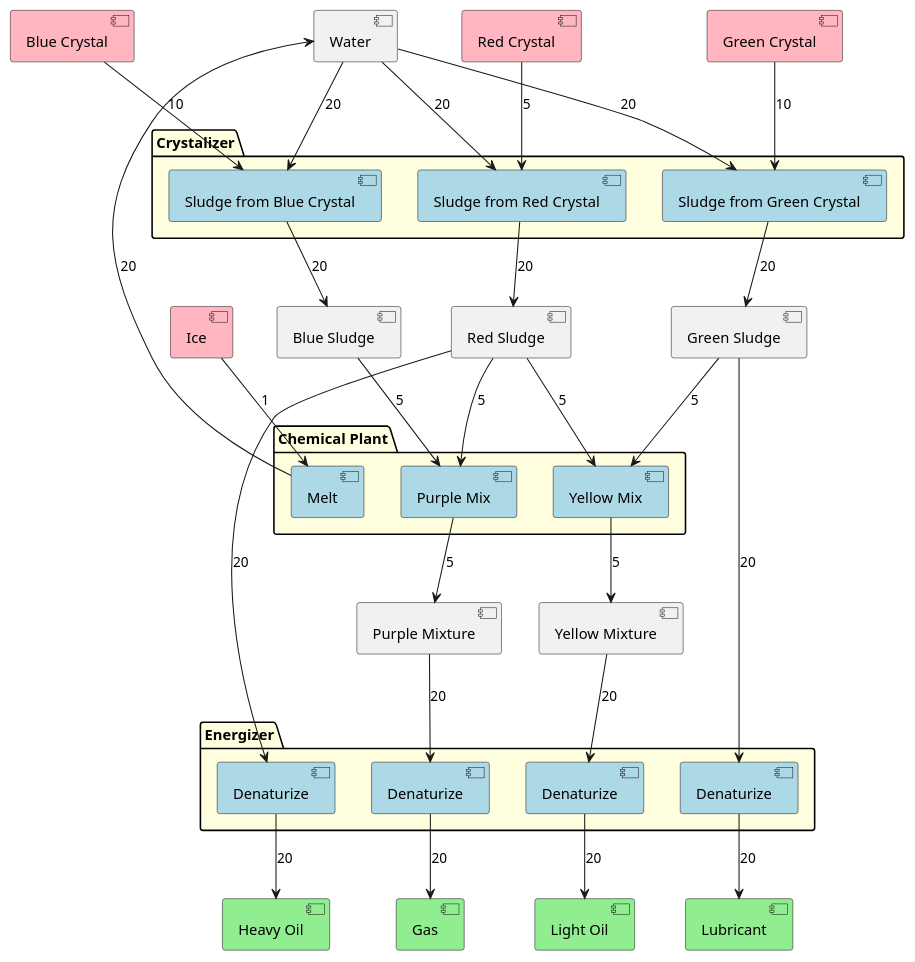
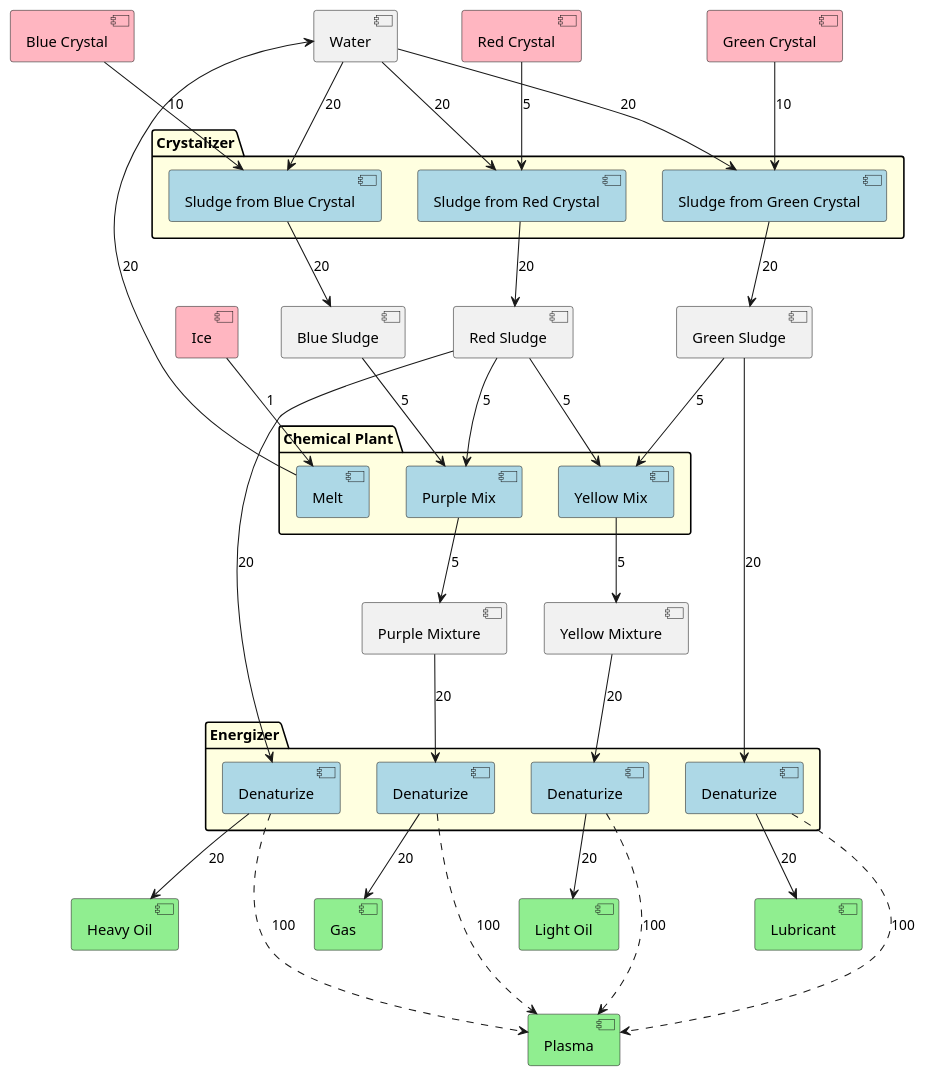
Before and after one commit to Thomas-De-Praetere/CrystalMod: the diagram in Documentation/OilFlow.puml, drawn with PlantUML. The commit also changed 11 other files, not shown here.

Commit message:
Added plasma to the flows and updated the readme.

```diff
--- a/Documentation/OilFlow.puml
+++ b/Documentation/OilFlow.puml
@@ -1,79 +1,85 @@
 @startuml
 
 hide methods
 hide fields
 hide circle
 
 [Ice] as I #lightpink
 [Water] as W
 
 [Red Crystal] as RC #lightpink
 [Blue Crystal] as BC #lightpink
 [Green Crystal] as GC #lightpink
 
 [Red Sludge] as RS
 [Green Sludge] as GS
 [Blue Sludge] as BS
 
 [Purple Mixture] as PM
 [Yellow Mixture] as YM
 
 [Heavy Oil] as HO #lightgreen
 [Light Oil] as LO #lightgreen
 [Gas] as G #lightgreen
 [Lubricant] as L #lightgreen
+[Plasma] as PA #lightgreen
 
 package "Crystalizer" #lightyellow {
 [Sludge from Red Crystal] as SfR #lightblue
 [Sludge from Blue Crystal]as SfB #lightblue
 [Sludge from Green Crystal]as SfG #lightblue
 }
 
 package "Chemical Plant" #lightyellow {
 [Purple Mix] as CPB #lightblue
 [Yellow Mix] as CPY #lightblue
 [Melt] as Me #lightblue
 }
 
 
 package Energizer #lightyellow {
 [Denaturize] as HOP #lightblue
 [Denaturize] as LOP #lightblue
 [Denaturize] as GP #lightblue
 [Denaturize] as LP #lightblue
 }
 
 I --> Me : 1
 Me --> W : 20
 
 RC --> SfR : 5
 W --> SfR : 20
 SfR --> RS : 20
 
 BC --> SfB : 10
 W --> SfB : 20
 SfB  --> BS : 20
 
 GC --> SfG : 10
 W --> SfG : 20
 SfG --> GS : 20
 
 RS --> CPB : 5
 BS --> CPB : 5
 CPB --> PM : 5
 PM --> GP : 20
 GP --> G : 20
 
 RS --> HOP : 20
 HOP --> HO : 20
 
 GS --> CPY : 5
 RS --> CPY : 5
 CPY --> YM : 5
 YM --> LOP : 20
 LOP --> LO : 20
 
 GS --> LP : 20
 LP --> L : 20
 
+HOP ...> PA : 100
+LOP ...> PA : 100
+GP ...> PA : 100
+LP ...> PA : 100
+
 @enduml
```
